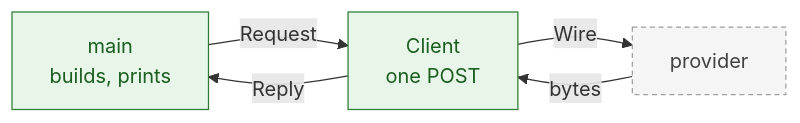
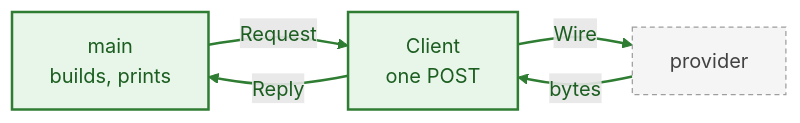
One commit to skinssong/my_harness changed the diagram in diagrams/p1-structs.mmd. Above: the diagram before and after it, drawn with Mermaid. The commit also changed 12 other files, not shown here.

```diff
--- a/diagrams/p1-structs.mmd
+++ b/diagrams/p1-structs.mmd
@@ -1,14 +1,16 @@
 flowchart LR
     MAIN["main<br/>builds, prints"]:::added
     CLIENT["Client<br/>one POST"]:::added
     PROV["provider"]:::external
 
     MAIN -->|"Request"| CLIENT
     CLIENT -->|"Wire"| PROV
     PROV -->|"bytes"| CLIENT
     CLIENT -->|"Reply"| MAIN
 
     classDef existing fill:#ECEFF1,stroke:#90A4AE,color:#37474F
-    classDef added fill:#E8F5E9,stroke:#2E7D32,color:#1B5E20
+    classDef added fill:#E8F5E9,stroke:#2E7D32,stroke-width:2px,color:#1B5E20
     classDef changed fill:#FFF3E0,stroke:#EF6C00,color:#E65100
     classDef external fill:#F5F5F5,stroke:#9E9E9E,color:#424242,stroke-dasharray:4 3
+    %% linkStyle-new-edges
+    linkStyle 0,1,2,3 stroke:#2E7D32,stroke-width:2px,color:#1B5E20
```
